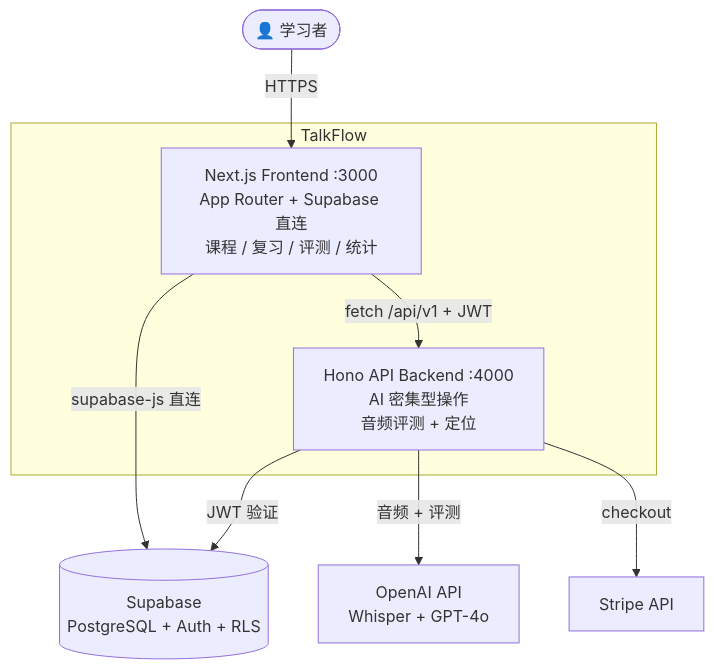
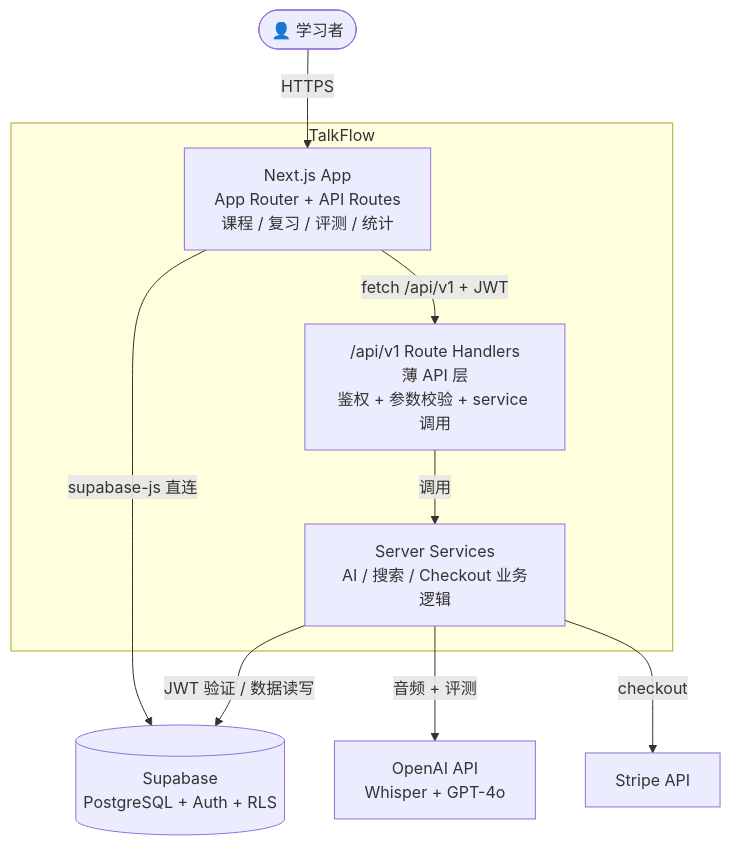
The second of 7 diagrams in README.md (opc-x/talkflow), drawn with Mermaid before and after one commit. The commit also changed other lines of this file and 38 other files, not shown here.

First line of the commit message:
refactor: restructure backend services and routes

````diff
--- a/README.md
+++ b/README.md
@@ -82,20 +82,22 @@
 ```mermaid
 graph TB
     User(["👤 学习者"])
 
     subgraph TF["TalkFlow"]
-        FE["Next.js Frontend :3000\nApp Router + Supabase 直连\n课程 / 复习 / 评测 / 统计"]
-        BE["Hono API Backend :4000\nAI 密集型操作\n音频评测 + 定位"]
+        FE["Next.js App\nApp Router + API Routes\n课程 / 复习 / 评测 / 统计"]
+        API["/api/v1 Route Handlers\n薄 API 层\n鉴权 + 参数校验 + service 调用"]
+        SVC["Server Services\nAI / 搜索 / Checkout 业务逻辑"]
     end
 
     SB[("Supabase\nPostgreSQL + Auth + RLS")]
     OAI["OpenAI API\nWhisper + GPT-4o"]
     STR["Stripe API"]
 
     User -->|HTTPS| FE
     FE -->|supabase-js 直连| SB
-    FE -->|fetch /api/v1 + JWT| BE
-    BE -->|JWT 验证| SB
-    BE -->|音频 + 评测| OAI
-    BE -->|checkout| STR
+    FE -->|fetch /api/v1 + JWT| API
+    API -->|调用| SVC
+    SVC -->|JWT 验证 / 数据读写| SB
+    SVC -->|音频 + 评测| OAI
+    SVC -->|checkout| STR
 ```
````
